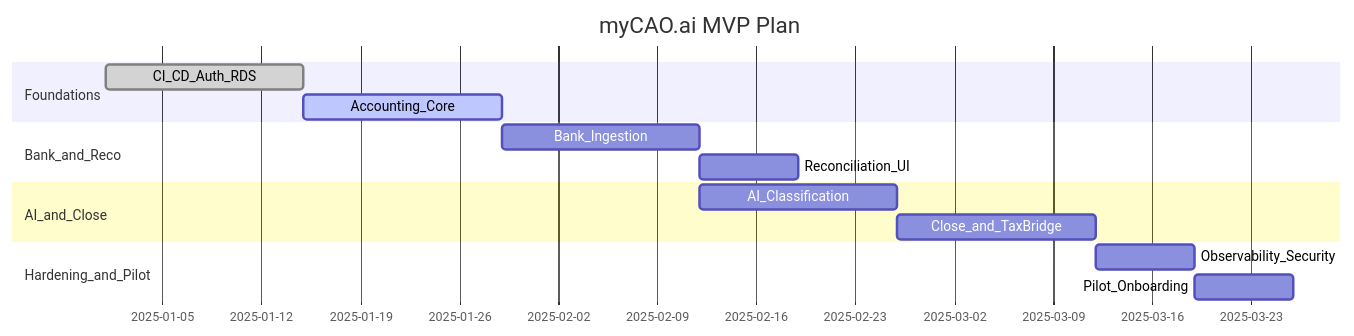
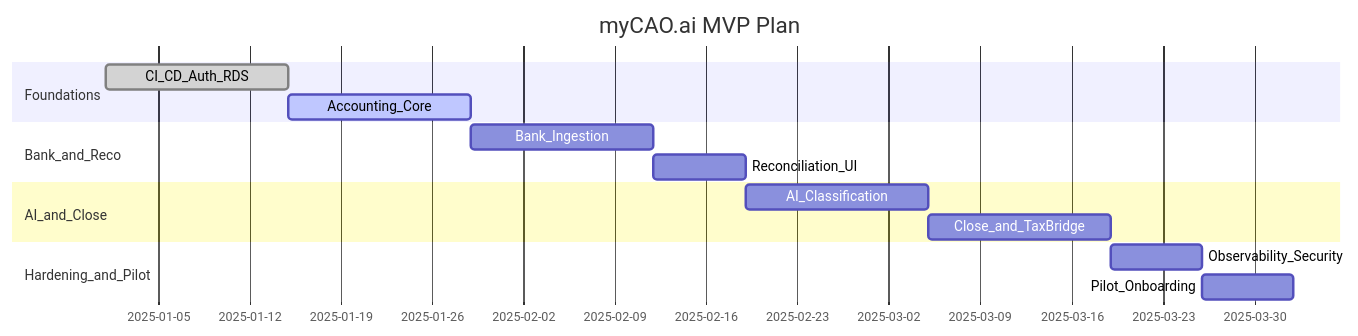
Before and after one commit to aeishwarydotcom/datawithAI: the fourth of 5 diagrams in unifiedCPA.md, drawn with Mermaid.

````diff
--- a/unifiedCPA.md
+++ b/unifiedCPA.md
@@ -79,21 +79,22 @@
 ```mermaid
 gantt
-  dateFormat  YYYY-MM-DD
-  title myCAO.ai MVP Plan
+    dateFormat  YYYY-MM-DD
+    title  myCAO.ai MVP Plan
 
-  section Foundations
-  CI_CD_Auth_RDS      :done,    t1, 2025-01-01, 14d
-  Accounting_Core     :active,  t2, after t1, 14d
+    section Foundations
+    CI_CD_Auth_RDS        :done,   t1, 2025-01-01, 14d
+    Accounting_Core       :active, t2, 2025-01-15, 14d
 
-  section Bank_and_Reco
-  Bank_Ingestion      :        t3, after t2, 14d
-  Reconciliation_UI   :        t4, after t3, 7d
+    section Bank_and_Reco
+    Bank_Ingestion        :t3, 2025-01-29, 14d
+    Reconciliation_UI     :t4, 2025-02-12, 7d
 
-  section AI_and_Close
-  AI_Classification   :        t5, after t3, 14d
-  Close_and_TaxBridge :        t6, after t5, 14d
+    section AI_and_Close
+    AI_Classification     :t5, 2025-02-19, 14d
+    Close_and_TaxBridge   :t6, 2025-03-05, 14d
 
-  section Hardening_and_Pilot
-  Observability_Security :     t7, after t6, 7d
-  Pilot_Onboarding       :     t8, after t7, 7d
+    section Hardening_and_Pilot
+    Observability_Security :t7, 2025-03-19, 7d
+    Pilot_Onboarding       :t8, 2025-03-26, 7d
+
 ```
````
